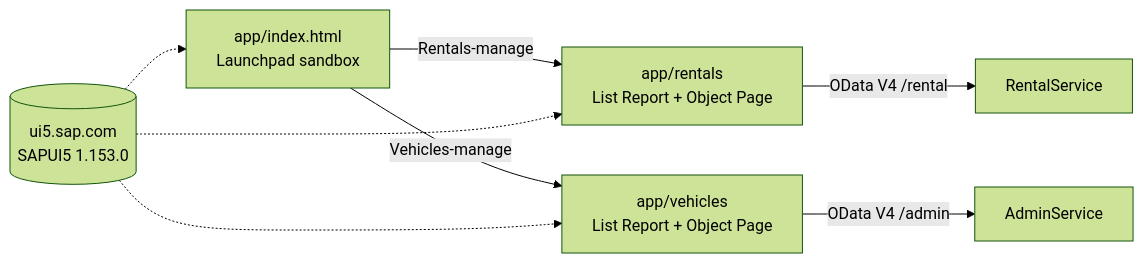
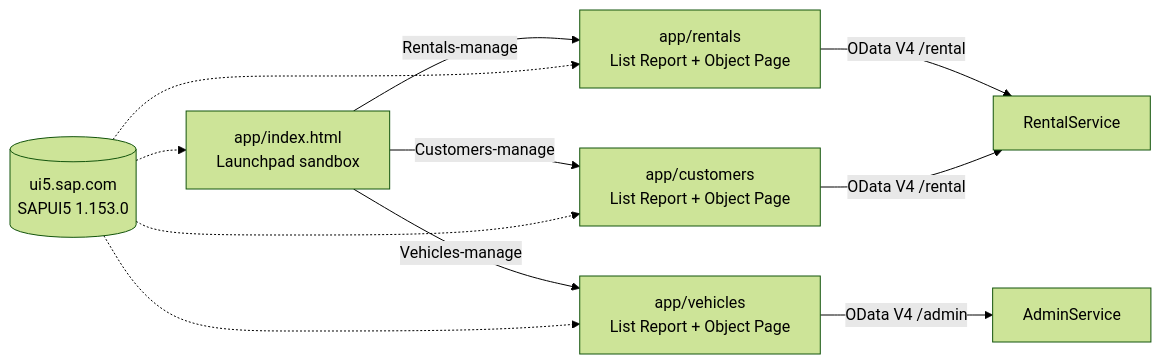
Before and after one commit to ertugrulcelikgpt/AracKiralama: the fifth of 6 diagrams in docs/mimari.md, drawn with Mermaid (forest theme). The commit also changed other lines of this file and 40 other files, not shown here.

````diff
--- a/docs/mimari.md
+++ b/docs/mimari.md
@@ -196,8 +207,10 @@
 ```mermaid
 flowchart LR
   FLP["app/index.html<br/>Launchpad sandbox"] -->|Rentals-manage| R["app/rentals<br/>List Report + Object Page"]
   FLP -->|Vehicles-manage| V["app/vehicles<br/>List Report + Object Page"]
+  FLP -->|Customers-manage| C["app/customers<br/>List Report + Object Page"]
   R -->|OData V4 /rental| RS[RentalService]
+  C -->|OData V4 /rental| RS
   V -->|OData V4 /admin| AS[AdminService]
-  UI5[(ui5.sap.com<br/>SAPUI5 1.153.0)] -.-> FLP & R & V
+  UI5[(ui5.sap.com<br/>SAPUI5 1.153.0)] -.-> FLP & R & V & C
 ```
````
